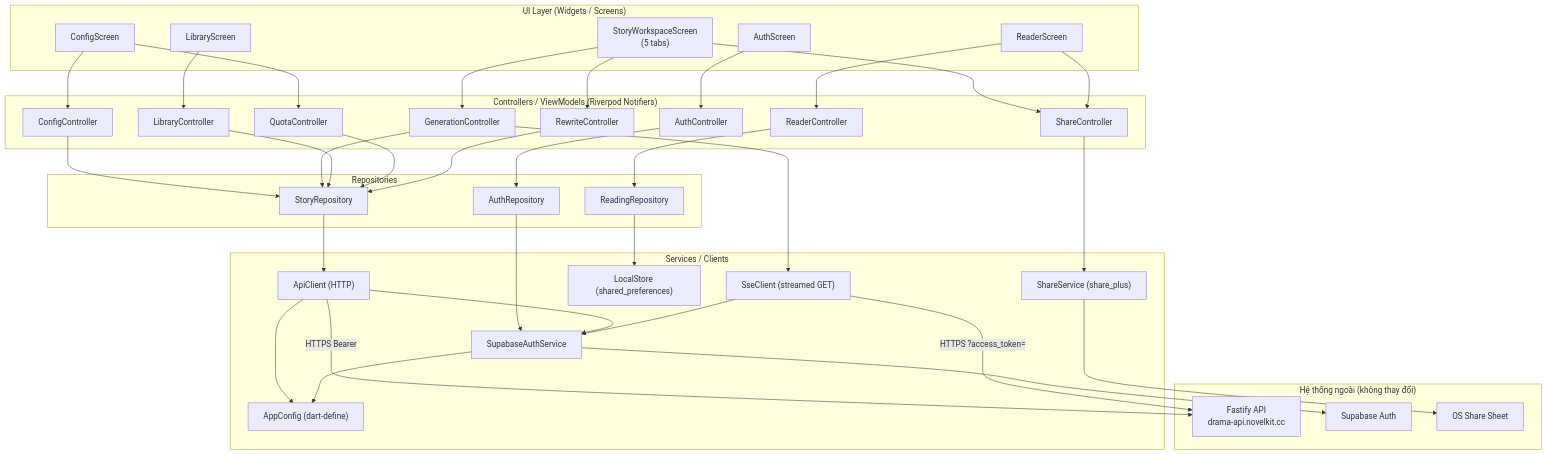
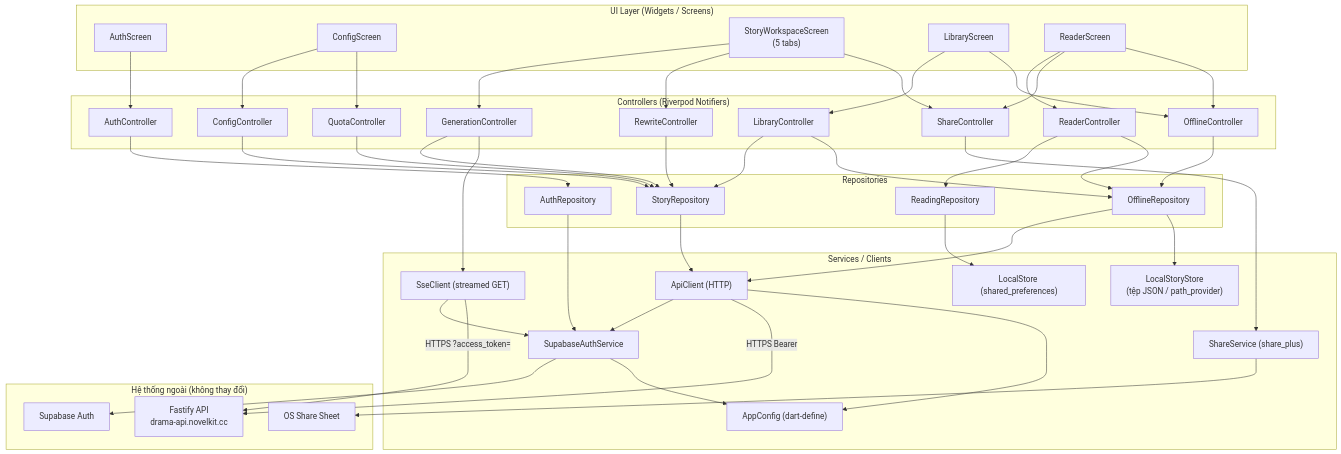
Before and after one commit to danielnguyen0428/Drama15: the first of 5 diagrams in .kiro/specs/flutter-drama-mobile-app/design.md, drawn with Mermaid. The commit also changed other lines of this file and 99 other files, not shown here.

```diff
--- a/.kiro/specs/flutter-drama-mobile-app/design.md
+++ b/.kiro/specs/flutter-drama-mobile-app/design.md
@@ -53,7 +79,7 @@
     ReaderScreen["ReaderScreen"]
   end
 
-  subgraph CTRL["Controllers / ViewModels (Riverpod Notifiers)"]
+  subgraph CTRL["Controllers (Riverpod Notifiers)"]
     AuthController["AuthController"]
     ConfigController["ConfigController"]
     GenerationController["GenerationController"]
@@ -62,12 +88,14 @@
     RewriteController["RewriteController"]
     ReaderController["ReaderController"]
     ShareController["ShareController"]
+    OfflineController["OfflineController"]
   end
 
   subgraph REPO["Repositories"]
     StoryRepository["StoryRepository"]
     AuthRepository["AuthRepository"]
     ReadingRepository["ReadingRepository"]
+    OfflineRepository["OfflineRepository"]
   end
 
   subgraph SVC["Services / Clients"]
@@ -75,6 +103,7 @@
     SseClient["SseClient (streamed GET)"]
     SupabaseAuthService["SupabaseAuthService"]
     LocalStore["LocalStore (shared_preferences)"]
+    LocalStoryStore["LocalStoryStore<br/>(tệp JSON / path_provider)"]
     ShareService["ShareService (share_plus)"]
     AppConfig["AppConfig (dart-define)"]
   end
@@ -92,21 +121,28 @@
   WorkspaceScreen --> RewriteController
   WorkspaceScreen --> ShareController
   LibraryScreen --> LibraryController
+  LibraryScreen --> OfflineController
   ReaderScreen --> ReaderController
   ReaderScreen --> ShareController
+  ReaderScreen --> OfflineController
 
   AuthController --> AuthRepository
   ConfigController --> StoryRepository
   GenerationController --> StoryRepository
   LibraryController --> StoryRepository
+  LibraryController --> OfflineRepository
   QuotaController --> StoryRepository
   RewriteController --> StoryRepository
   ReaderController --> ReadingRepository
+  ReaderController --> OfflineRepository
+  OfflineController --> OfflineRepository
 
   AuthRepository --> SupabaseAuthService
   StoryRepository --> ApiClient
   GenerationController --> SseClient
   ReadingRepository --> LocalStore
+  OfflineRepository --> ApiClient
+  OfflineRepository --> LocalStoryStore
   ShareController --> ShareService
 
   ApiClient --> SupabaseAuthService
```
